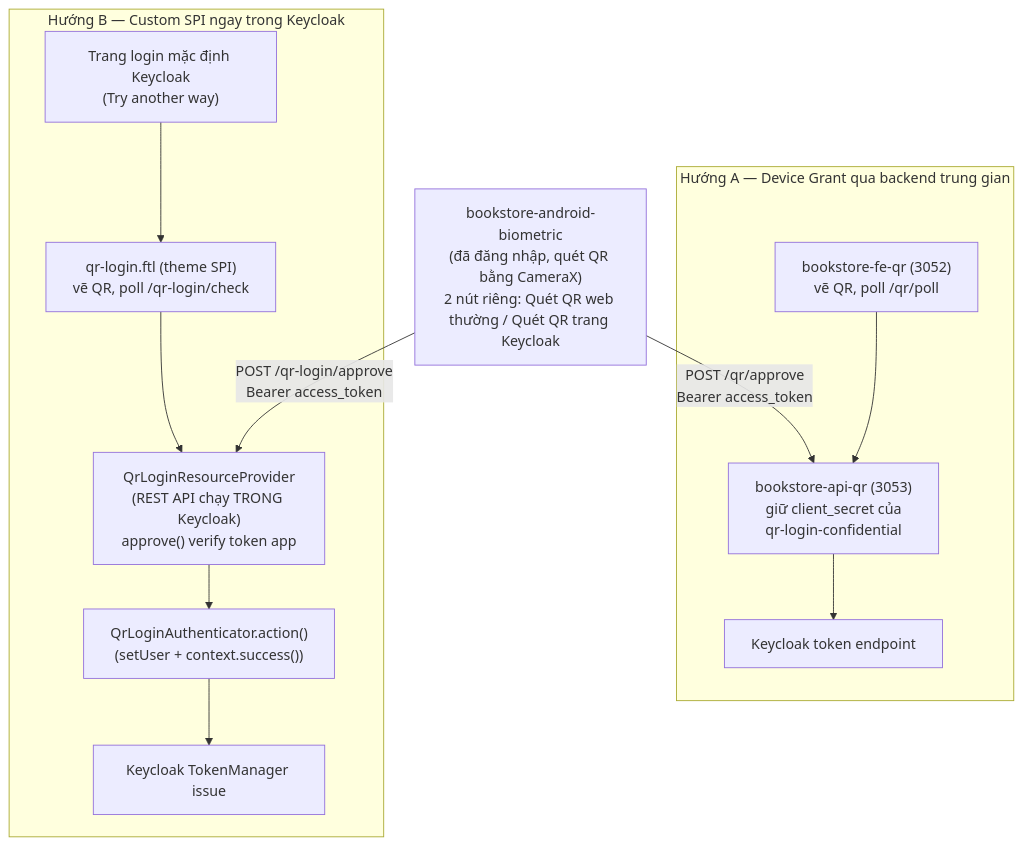
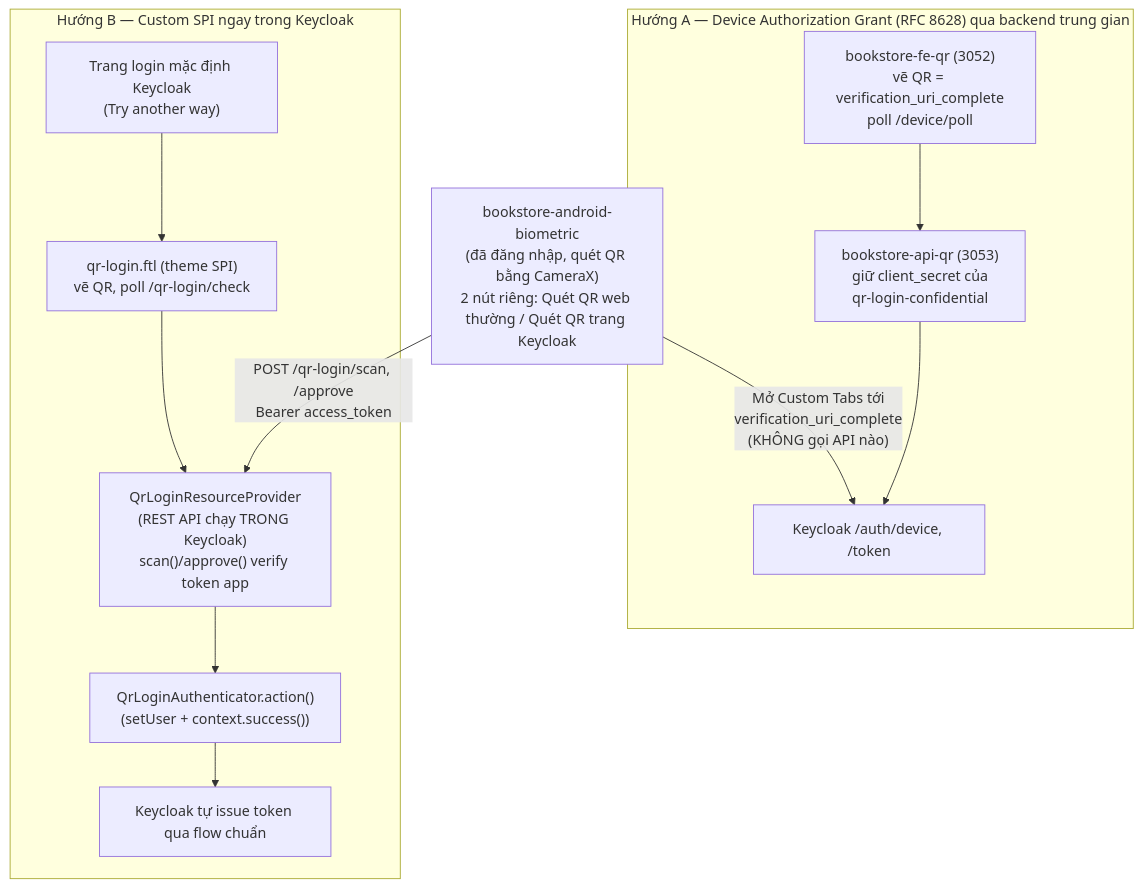
One commit to Yamakunda/keycloak-demo changed the first of 4 diagrams in QR_LOGIN_HIEN_THUC.md. Above: the diagram before and after it, drawn with Mermaid. The commit also changed other lines of this file and 21 other files, not shown here.

````diff
--- a/QR_LOGIN_HIEN_THUC.md
+++ b/QR_LOGIN_HIEN_THUC.md
@@ -150,23 +158,23 @@
 ```mermaid
 flowchart TB
-    subgraph A["Hướng A — Device Grant qua backend trung gian"]
-        FEQR["bookstore-fe-qr (3052)<br/>vẽ QR, poll /qr/poll"]
+    subgraph A["Hướng A — Device Authorization Grant (RFC 8628) qua backend trung gian"]
+        FEQR["bookstore-fe-qr (3052)<br/>vẽ QR = verification_uri_complete<br/>poll /device/poll"]
         APIQR["bookstore-api-qr (3053)<br/>giữ client_secret của<br/>qr-login-confidential"]
-        KCTOKEN["Keycloak token endpoint"]
+        KCTOKEN["Keycloak /auth/device, /token"]
         FEQR --> APIQR --> KCTOKEN
     end
 
     subgraph B["Hướng B — Custom SPI ngay trong Keycloak"]
         LOGINPAGE["Trang login mặc định Keycloak<br/>(Try another way)"]
         FTL["qr-login.ftl (theme SPI)<br/>vẽ QR, poll /qr-login/check"]
-        RESOURCE["QrLoginResourceProvider<br/>(REST API chạy TRONG Keycloak)<br/>approve() verify token app"]
+        RESOURCE["QrLoginResourceProvider<br/>(REST API chạy TRONG Keycloak)<br/>scan()/approve() verify token app"]
         AUTHENTICATOR["QrLoginAuthenticator.action()<br/>(setUser + context.success())"]
-        ISSUE["Keycloak TokenManager issue"]
+        ISSUE["Keycloak tự issue token qua flow chuẩn"]
         LOGINPAGE --> FTL --> RESOURCE --> AUTHENTICATOR --> ISSUE
     end
 
     ANDROID["bookstore-android-biometric<br/>(đã đăng nhập, quét QR bằng CameraX)<br/>2 nút riêng: Quét QR web thường / Quét QR trang Keycloak"]
 
-    ANDROID -- "POST /qr/approve<br/>Bearer access_token" --> APIQR
-    ANDROID -- "POST /qr-login/approve<br/>Bearer access_token" --> RESOURCE
+    ANDROID -- "Mở Custom Tabs tới<br/>verification_uri_complete<br/>(KHÔNG gọi API nào)" --> KCTOKEN
+    ANDROID -- "POST /qr-login/scan, /approve<br/>Bearer access_token" --> RESOURCE
 ```
````
